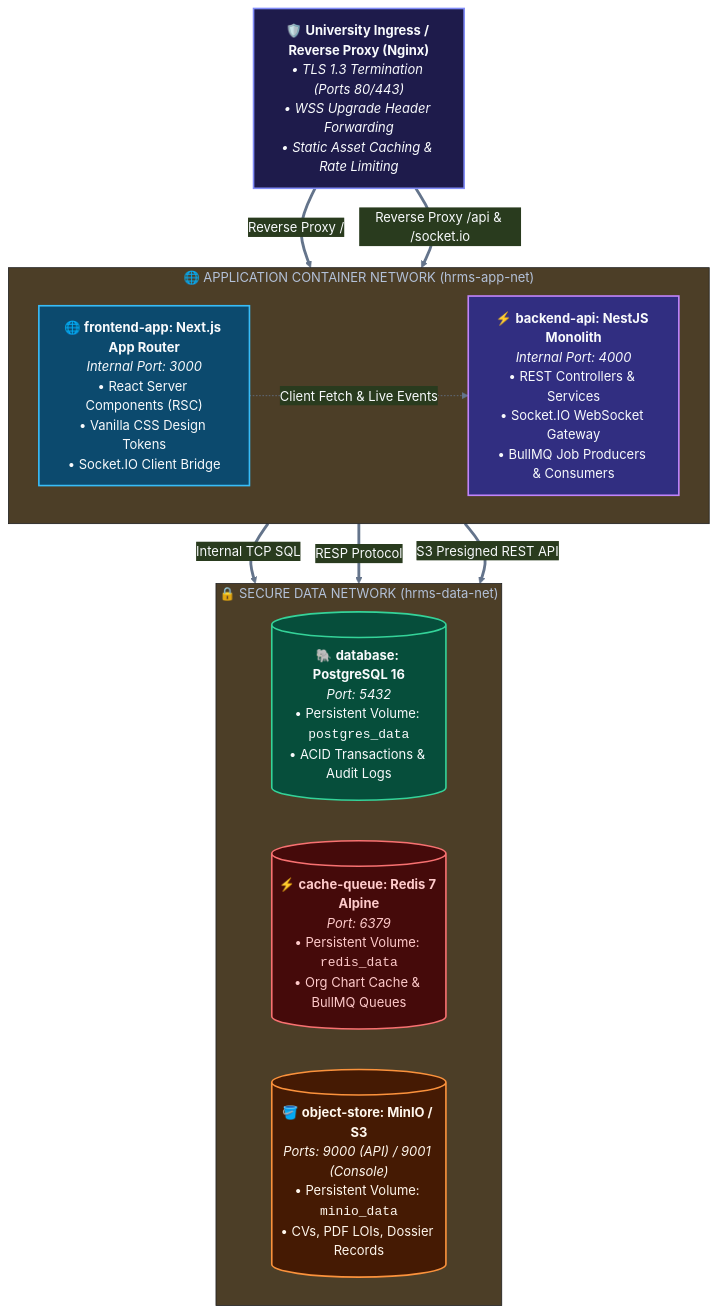
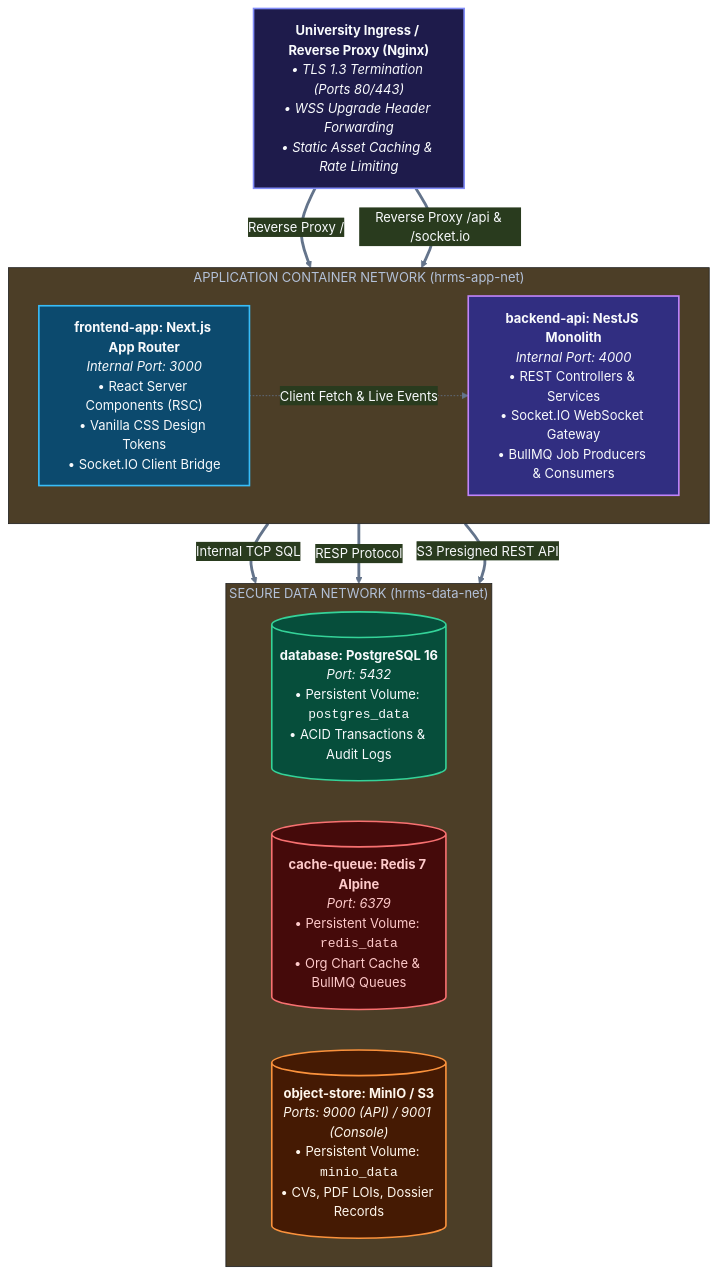
One commit to Aditya11o/HR-CHANGE-MANAGEMENT-SYSTEM changed the diagram in docs/10-deployment/01-DEPLOYMENT-AND-DEVOPS-GUIDE.md. Above: the diagram before and after it, drawn with Mermaid. The commit also changed 8 other files, not shown here.

Commit message:
docs: add system architecture, test strategy, deployment guide, and requirements specifications

````diff
--- a/docs/10-deployment/01-DEPLOYMENT-AND-DEVOPS-GUIDE.md
+++ b/docs/10-deployment/01-DEPLOYMENT-AND-DEVOPS-GUIDE.md
@@ -19,35 +19,35 @@
 ```mermaid
 %%{init: {'theme': 'base', 'themeVariables': { 'primaryColor': '#1e293b', 'primaryTextColor': '#f8fafc', 'primaryBorderColor': '#38bdf8', 'lineColor': '#64748b'}}}%%
 flowchart TD
     classDef proxyNode fill:#1e1b4b,stroke:#818cf8,stroke-width:2px,color:#f8fafc;
     classDef feNode fill:#0c4a6e,stroke:#38bdf8,stroke-width:2px,color:#f8fafc;
     classDef beNode fill:#312e81,stroke:#c084fc,stroke-width:2px,color:#f8fafc;
     classDef dataNode fill:#064e3b,stroke:#34d399,stroke-width:2px,color:#f8fafc;
     classDef redisNode fill:#450a0a,stroke:#f87171,stroke-width:2px,color:#fecaca;
     classDef s3Node fill:#451a03,stroke:#fb923c,stroke-width:2px,color:#fff7ed;
 
-    NGINX["🛡️ <b>University Ingress / Reverse Proxy (Nginx)</b><br/><i>• TLS 1.3 Termination (Ports 80/443)<br/>• WSS Upgrade Header Forwarding<br/>• Static Asset Caching & Rate Limiting</i>"]:::proxyNode
+    NGINX["<b>University Ingress / Reverse Proxy (Nginx)</b><br/><i>• TLS 1.3 Termination (Ports 80/443)<br/>• WSS Upgrade Header Forwarding<br/>• Static Asset Caching & Rate Limiting</i>"]:::proxyNode
 
-    subgraph APPLICATION_NETWORK ["🌐 APPLICATION CONTAINER NETWORK (hrms-app-net)"]
+    subgraph APPLICATION_NETWORK ["APPLICATION CONTAINER NETWORK (hrms-app-net)"]
         direction LR
-        FE["🌐 <b>frontend-app: Next.js App Router</b><br/><i>Internal Port: 3000</i><br/>• React Server Components (RSC)<br/>• Vanilla CSS Design Tokens<br/>• Socket.IO Client Bridge"]:::feNode
+        FE["<b>frontend-app: Next.js App Router</b><br/><i>Internal Port: 3000</i><br/>• React Server Components (RSC)<br/>• Vanilla CSS Design Tokens<br/>• Socket.IO Client Bridge"]:::feNode
 
-        BE["⚡ <b>backend-api: NestJS Monolith</b><br/><i>Internal Port: 4000</i><br/>• REST Controllers & Services<br/>• Socket.IO WebSocket Gateway<br/>• BullMQ Job Producers & Consumers"]:::beNode
+        BE["<b>backend-api: NestJS Monolith</b><br/><i>Internal Port: 4000</i><br/>• REST Controllers & Services<br/>• Socket.IO WebSocket Gateway<br/>• BullMQ Job Producers & Consumers"]:::beNode
     end
 
-    subgraph DATA_ISOLATION_NETWORK ["🔒 SECURE DATA NETWORK (hrms-data-net)"]
+    subgraph DATA_ISOLATION_NETWORK ["SECURE DATA NETWORK (hrms-data-net)"]
         direction LR
-        PG[("🐘 <b>database: PostgreSQL 16</b><br/><i>Port: 5432</i><br/>• Persistent Volume: <code>postgres_data</code><br/>• ACID Transactions & Audit Logs")]:::dataNode
+        PG[("<b>database: PostgreSQL 16</b><br/><i>Port: 5432</i><br/>• Persistent Volume: <code>postgres_data</code><br/>• ACID Transactions & Audit Logs")]:::dataNode
 
-        REDIS[("⚡ <b>cache-queue: Redis 7 Alpine</b><br/><i>Port: 6379</i><br/>• Persistent Volume: <code>redis_data</code><br/>• Org Chart Cache & BullMQ Queues")]:::redisNode
+        REDIS[("<b>cache-queue: Redis 7 Alpine</b><br/><i>Port: 6379</i><br/>• Persistent Volume: <code>redis_data</code><br/>• Org Chart Cache & BullMQ Queues")]:::redisNode
 
-        MINIO[("🪣 <b>object-store: MinIO / S3</b><br/><i>Ports: 9000 (API) / 9001 (Console)</i><br/>• Persistent Volume: <code>minio_data</code><br/>• CVs, PDF LOIs, Dossier Records")]:::s3Node
+        MINIO[("<b>object-store: MinIO / S3</b><br/><i>Ports: 9000 (API) / 9001 (Console)</i><br/>• Persistent Volume: <code>minio_data</code><br/>• CVs, PDF LOIs, Dossier Records")]:::s3Node
     end
 
     NGINX ==>|"Reverse Proxy /"| FE
     NGINX ==>|"Reverse Proxy /api & /socket.io"| BE
     FE -.->|"Client Fetch & Live Events"| BE
     BE ==>|"Internal TCP SQL"| PG
     BE ==>|"RESP Protocol"| REDIS
     BE ==>|"S3 Presigned REST API"| MINIO
 ```
````
